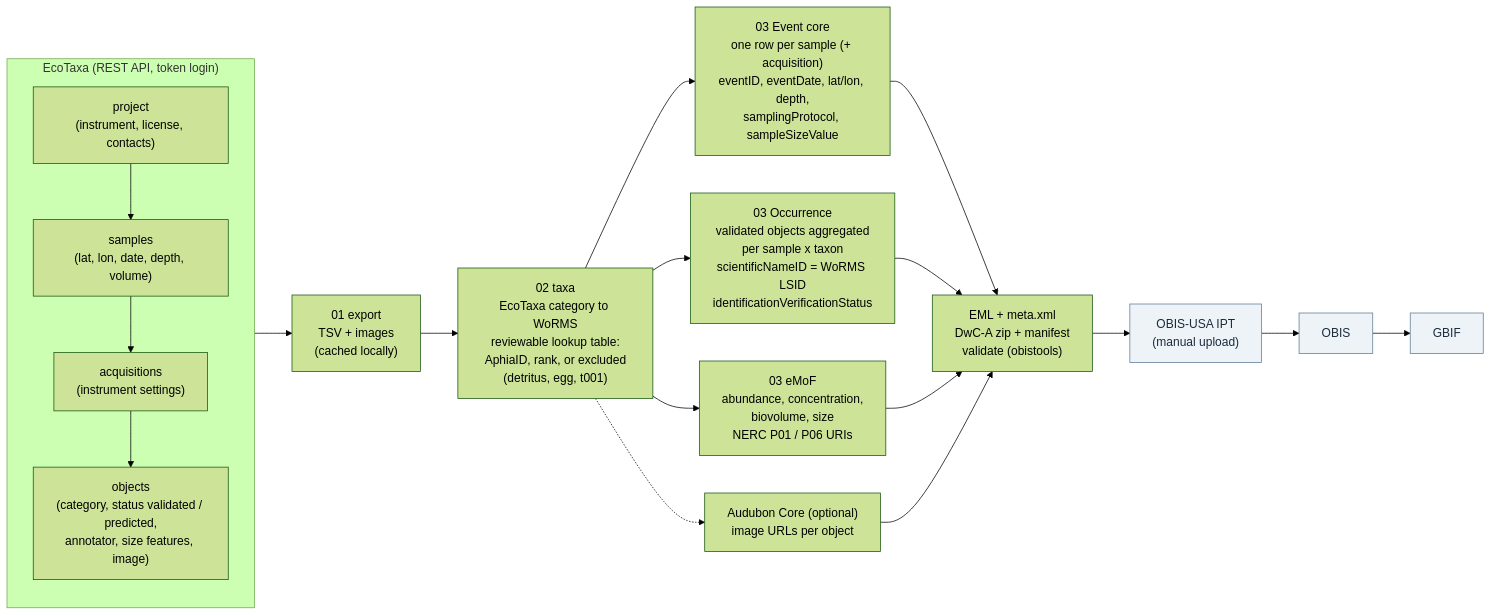
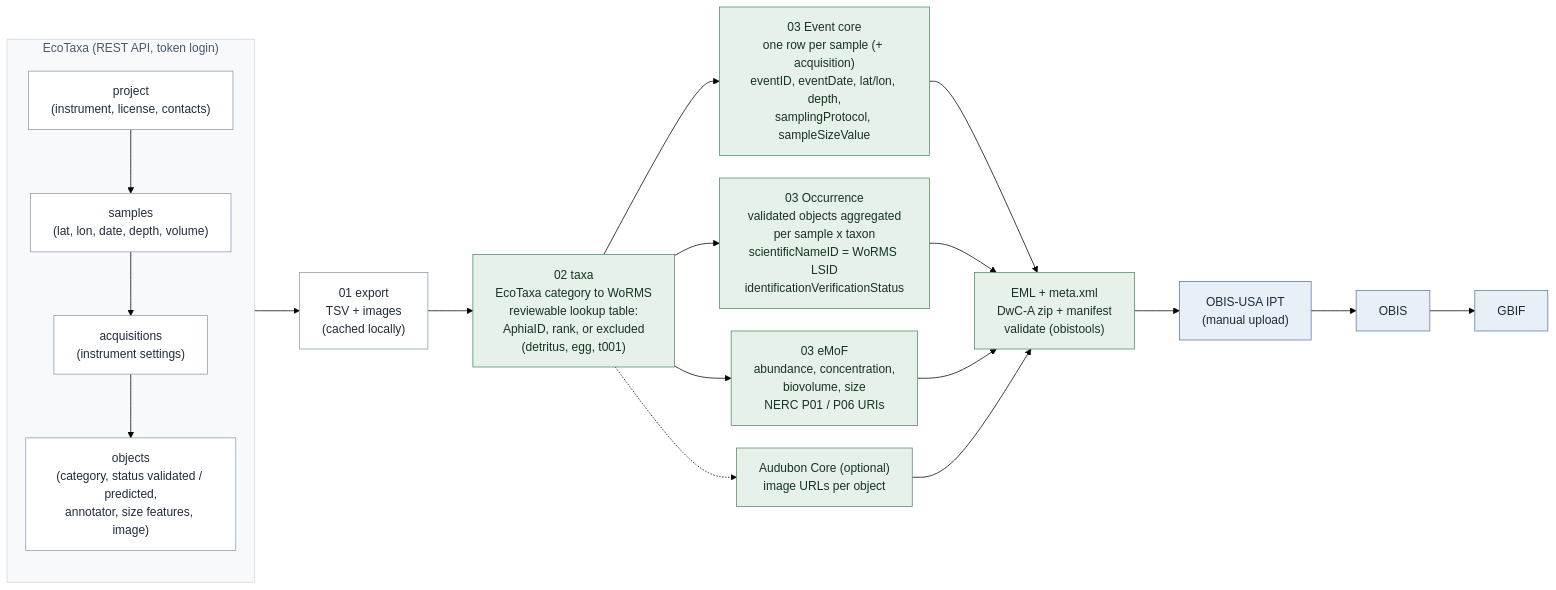
Before and after one commit to oceanmetrics/ecotaxa-demo: the diagram in diagrams/obis.mmd, drawn with Mermaid (forest theme). The commit also changed 11 other files, not shown here.

First line of the commit message:
diagrams: calm palette, line breaks that render in the browser, zoomable viewer from calcofi4r 1.31.0

```diff
--- a/diagrams/obis.mmd
+++ b/diagrams/obis.mmd
@@ -1,19 +1,22 @@
+%%{init: {"flowchart": {"wrappingWidth": 220, "nodeSpacing": 30, "rankSpacing": 60}}}%%
 flowchart LR
   subgraph et["EcoTaxa (REST API, token login)"]
     direction TB
-    P["project\n(instrument, license, contacts)"]
-    S["samples\n(lat, lon, date, depth, volume)"]
-    A["acquisitions\n(instrument settings)"]
-    O["objects\n(category, status validated / predicted,\nannotator, size features, image)"]
+    P["project<br/>(instrument, license, contacts)"]:::node
+    S["samples<br/>(lat, lon, date, depth, volume)"]:::node
+    A["acquisitions<br/>(instrument settings)"]:::node
+    O["objects<br/>(category, status validated / predicted,<br/>annotator, size features, image)"]:::node
     P --> S --> A --> O
   end
-  O --> X["01 export\nTSV + images\n(cached locally)"]
-  X --> W["02 taxa\nEcoTaxa category to WoRMS\nreviewable lookup table:\nAphiaID, rank, or excluded\n(detritus, egg, t001)"]
-  W --> E["03 Event core\none row per sample (+ acquisition)\neventID, eventDate, lat/lon, depth,\nsamplingProtocol, sampleSizeValue"]
-  W --> OC["03 Occurrence\nvalidated objects aggregated\nper sample x taxon\nscientificNameID = WoRMS LSID\nidentificationVerificationStatus"]
-  W --> M["03 eMoF\nabundance, concentration,\nbiovolume, size\nNERC P01 / P06 URIs"]
-  W -.-> AC["Audubon Core (optional)\nimage URLs per object"]
-  E & OC & M & AC --> Z["EML + meta.xml\nDwC-A zip + manifest\nvalidate (obistools)"]
-  Z --> IPT["OBIS-USA IPT\n(manual upload)"] --> OBIS["OBIS"] --> GBIF["GBIF"]
-  classDef ext fill:#eef3f8,stroke:#5b7a99,color:#1a2b3c;
-  class IPT,OBIS,GBIF ext;
+  O --> X["01 export<br/>TSV + images<br/>(cached locally)"]:::node
+  X --> W["02 taxa<br/>EcoTaxa category to WoRMS<br/>reviewable lookup table:<br/>AphiaID, rank, or excluded<br/>(detritus, egg, t001)"]:::core
+  W --> E["03 Event core<br/>one row per sample (+ acquisition)<br/>eventID, eventDate, lat/lon, depth,<br/>samplingProtocol, sampleSizeValue"]:::core
+  W --> OC["03 Occurrence<br/>validated objects aggregated<br/>per sample x taxon<br/>scientificNameID = WoRMS LSID<br/>identificationVerificationStatus"]:::core
+  W --> M["03 eMoF<br/>abundance, concentration,<br/>biovolume, size<br/>NERC P01 / P06 URIs"]:::core
+  W -.-> AC["Audubon Core (optional)<br/>image URLs per object"]:::core
+  E & OC & M & AC --> Z["EML + meta.xml<br/>DwC-A zip + manifest<br/>validate (obistools)"]:::core
+  Z --> IPT["OBIS-USA IPT<br/>(manual upload)"]:::ext --> OBIS["OBIS"]:::ext --> GBIF["GBIF"]:::ext
+  classDef node     fill:#ffffff,stroke:#8a9bb0,color:#1f2d3d
+  classDef core     fill:#e6f1ea,stroke:#4f8a66,color:#173322
+  classDef ext      fill:#e8eff7,stroke:#5b7a99,color:#1a2b3c
+  style et fill:#f7f9fb,stroke:#cfd6de,color:#4a5a6a
```
